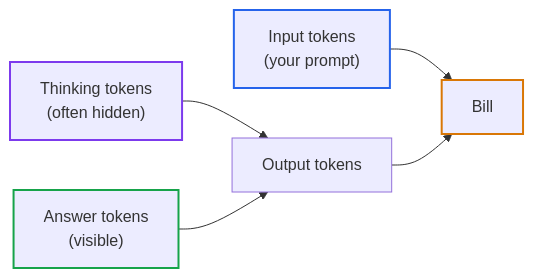
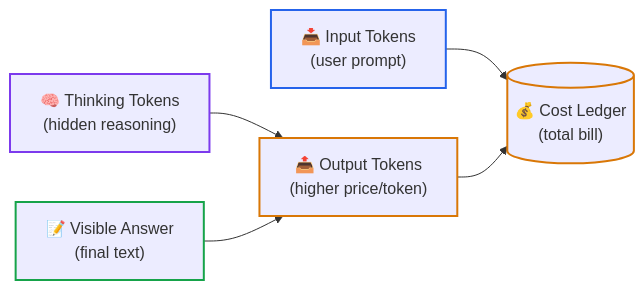
The second of 3 diagrams in 00-foundations-and-token-mechanics/04-test-time-compute-and-reasoning-models.md (dip4k/senior-engineer-to-ai-engineer-roadmap), drawn with Mermaid before and after one commit. The commit also changed other lines of this file and 39 other files, not shown here.

First line of the commit message:
feat(curriculum): upgrade mermaid diagrams with unicode icons & codify anti-bloat layout rules

````diff
--- a/00-foundations-and-token-mechanics/04-test-time-compute-and-reasoning-models.md
+++ b/00-foundations-and-token-mechanics/04-test-time-compute-and-reasoning-models.md
@@ -79,12 +79,13 @@
 ```mermaid
 flowchart LR
-    I["Input tokens<br>(your prompt)"] --> B["Bill"]
-    TH["Thinking tokens<br>(often hidden)"] --> O["Output tokens"]
-    V["Answer tokens<br>(visible)"] --> O
+    I["📥 Input Tokens<br>(user prompt)"] --> B[("💰 Cost Ledger<br>(total bill)")]
+    TH["🧠 Thinking Tokens<br>(hidden reasoning)"] --> O["📤 Output Tokens<br>(higher price/token)"]
+    V["📝 Visible Answer<br>(final text)"] --> O
     O --> B
 
     style I stroke:#2563eb,stroke-width:2px
     style TH stroke:#7c3aed,stroke-width:2px
     style V stroke:#16a34a,stroke-width:2px
+    style O stroke:#d97706,stroke-width:2px
     style B stroke:#d97706,stroke-width:2px
 ```
````
